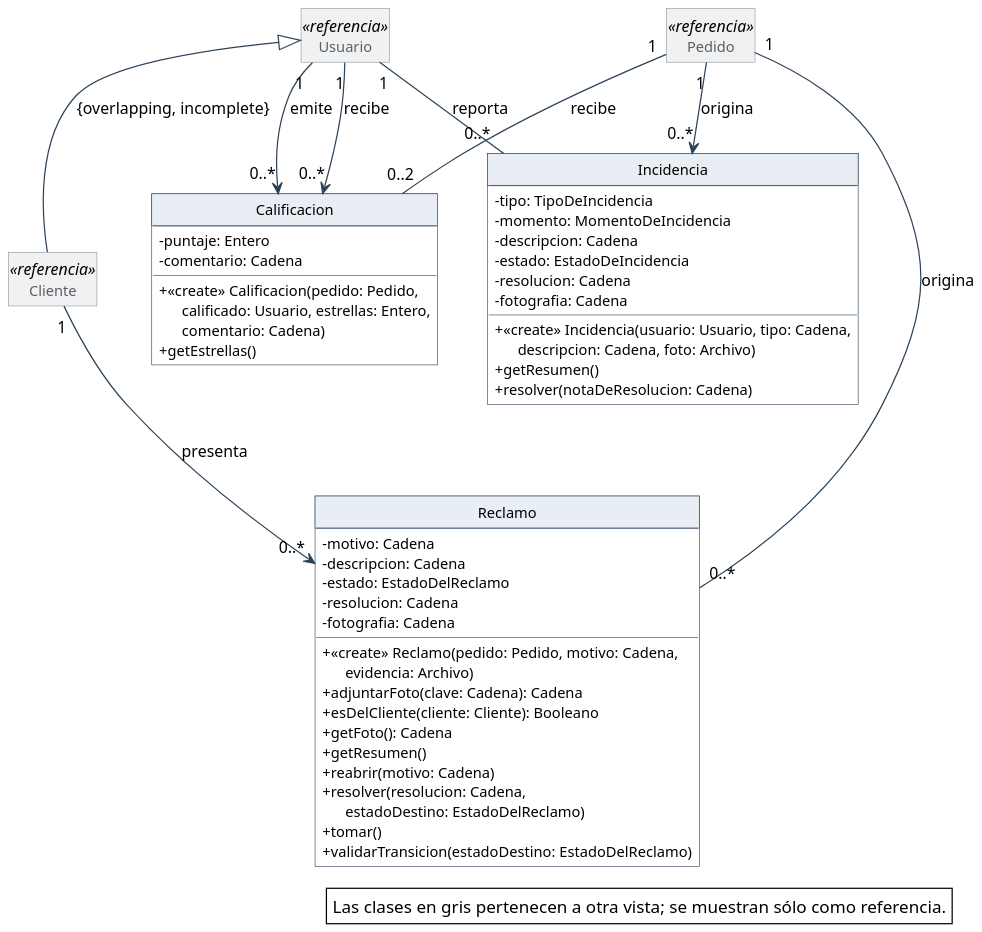
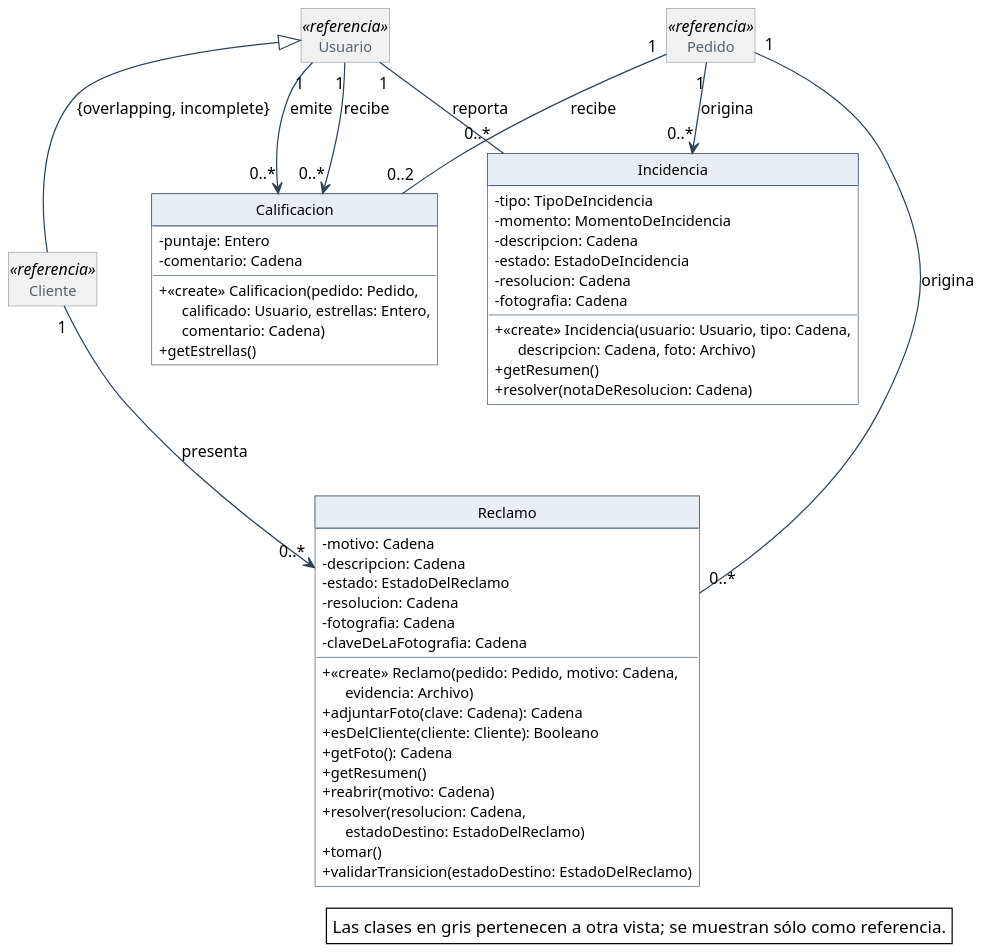
Before and after one commit to Nahuelito-Dev/splg-docs: the diagram in diagramas/clases-diseno/DC_Posventa.puml, drawn with PlantUML. The commit also changed 1067 other files, not shown here.

```diff
--- a/diagramas/clases-diseno/DC_Posventa.puml
+++ b/diagramas/clases-diseno/DC_Posventa.puml
@@ -1,109 +1,110 @@
 @startuml
 skinparam backgroundColor #FFFFFF
 skinparam shadowing false
 skinparam defaultFontName Helvetica
 skinparam defaultFontSize 13
 skinparam dpi 150
 skinparam nodesep 40
 skinparam ranksep 55
 skinparam classAttributeIconSize 0
 skinparam roundCorner 0
 skinparam genericDisplay old
 skinparam class {
   BorderColor #2C4257
   BackgroundColor #FFFFFF
   ArrowColor #2C4257
   FontSize 14
   AttributeFontSize 12
   HeaderBackgroundColor #E8EEF3
 }
 skinparam class<<referencia>> {
   BackgroundColor #F1F1F1
   BorderColor #8A97A3
   FontColor #55616C
 }
 skinparam class<<fachada>> {
   HeaderBackgroundColor #D6E4F0
 }
 skinparam class<<controlador>> {
   HeaderBackgroundColor #D6E4F0
 }
 skinparam class<<fabricación pura>> {
   HeaderBackgroundColor #F3E9CF
 }
 skinparam class<<colección>> {
   HeaderBackgroundColor #E6E6E6
 }
 skinparam class<<adaptador>> {
   HeaderBackgroundColor #DCEBDD
 }
 skinparam interface {
   BorderColor #2C4257
   BackgroundColor #FFFFFF
   HeaderBackgroundColor #DCEBDD
   FontSize 14
   AttributeFontSize 12
 }
 skinparam note {
   BackgroundColor #FFFFFF
   BorderColor #2C4257
 }
 skinparam packageStyle rectangle
 skinparam package {
   BorderColor #8A97A3
   FontSize 13
   FontColor #55616C
 }
 hide circle
 hide empty members
 
 class Calificacion {
   - puntaje: Entero
   - comentario: Cadena
   + «create» Calificacion(pedido: Pedido,\n      calificado: Usuario, estrellas: Entero,\n      comentario: Cadena)
   + getEstrellas()
 }
 class Incidencia {
   - tipo: TipoDeIncidencia
   - momento: MomentoDeIncidencia
   - descripcion: Cadena
   - estado: EstadoDeIncidencia
   - resolucion: Cadena
   - fotografia: Cadena
   + «create» Incidencia(usuario: Usuario, tipo: Cadena,\n      descripcion: Cadena, foto: Archivo)
   + getResumen()
   + resolver(notaDeResolucion: Cadena)
 }
 class Reclamo {
   - motivo: Cadena
   - descripcion: Cadena
   - estado: EstadoDelReclamo
   - resolucion: Cadena
   - fotografia: Cadena
+  - claveDeLaFotografia: Cadena
   + «create» Reclamo(pedido: Pedido, motivo: Cadena,\n      evidencia: Archivo)
   + adjuntarFoto(clave: Cadena): Cadena
   + esDelCliente(cliente: Cliente): Booleano
   + getFoto(): Cadena
   + getResumen()
   + reabrir(motivo: Cadena)
   + resolver(resolucion: Cadena,\n      estadoDestino: EstadoDelReclamo)
   + tomar()
   + validarTransicion(estadoDestino: EstadoDelReclamo)
 }
 class Usuario <<referencia>>
 class Pedido <<referencia>>
 class Cliente <<referencia>>
 
 Usuario <|-- Cliente : {overlapping, incomplete}
 Pedido "1" -- "0..*" Reclamo : origina
 Cliente "1" --> "0..*" Reclamo : presenta
 Pedido "1" --> "0..*" Incidencia : origina
 Usuario "1" -- "0..*" Incidencia : reporta
 Pedido "1" -- "0..2" Calificacion : recibe
 Usuario "1" --> "0..*" Calificacion : emite
 Usuario "1" --> "0..*" Calificacion : recibe
 
 legend bottom right
   Las clases en gris pertenecen a otra vista; se muestran sólo como referencia.
 endlegend
 @enduml
```
